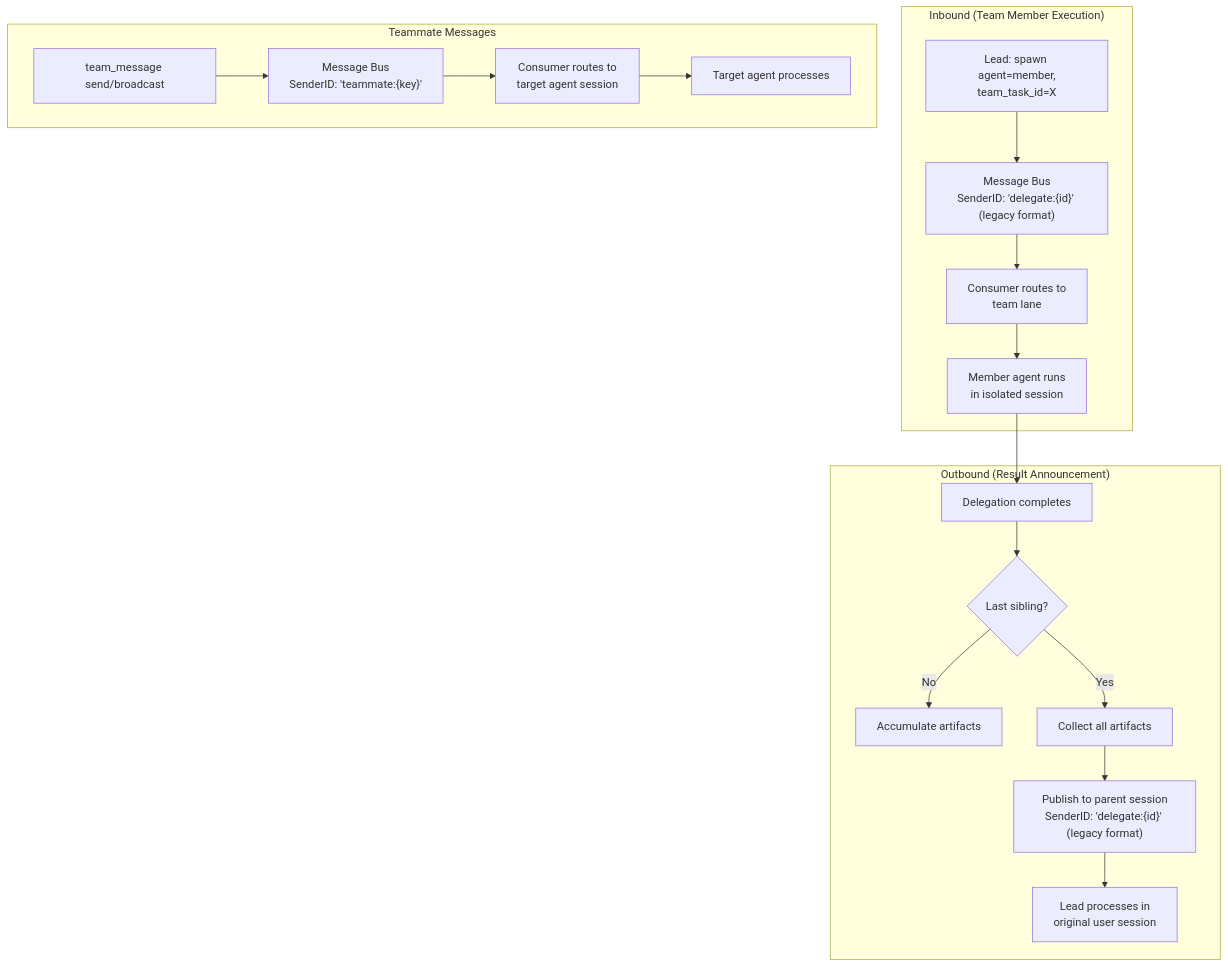
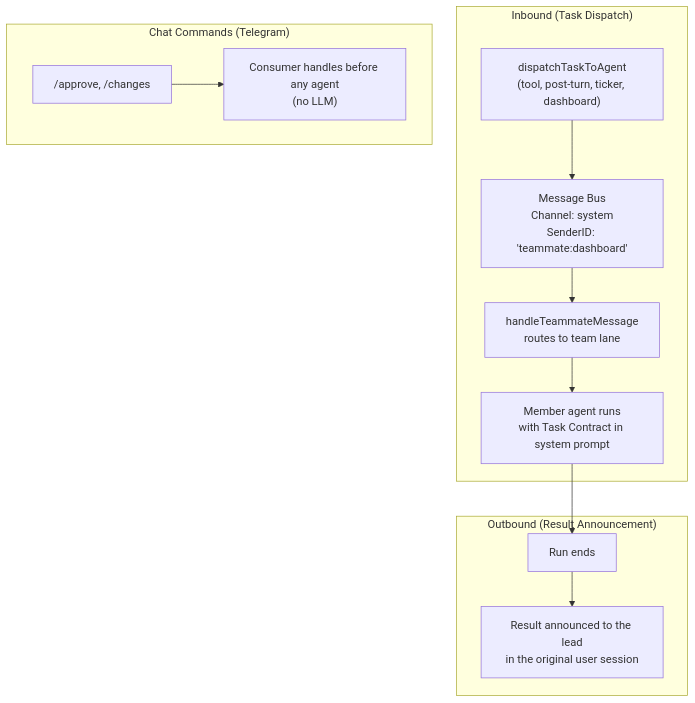
Before and after one commit to dxthinh/goclaw: the sixth of 6 diagrams in docs/11-agent-teams.md, drawn with Mermaid. The commit also changed other lines of this file and 2 other files, not shown here.

First line of the commit message:
docs(teams): mô tả Task Contract, clarify/answer và duyệt của user

````diff
--- a/docs/11-agent-teams.md
+++ b/docs/11-agent-teams.md
@@ -541,23 +580,17 @@
 ```mermaid
 flowchart TD
-    subgraph "Inbound (Team Member Execution)"
-        LEAD_SPAWN["Lead: spawn agent=member,<br/>team_task_id=X"] --> BUS_IN["Message Bus<br/>SenderID: 'delegate:{id}' (legacy format)"]
-        BUS_IN --> CONSUMER["Consumer routes to<br/>team lane"]
-        CONSUMER --> MEMBER["Member agent runs<br/>in isolated session"]
+    subgraph "Inbound (Task Dispatch)"
+        DISPATCH["dispatchTaskToAgent<br/>(tool, post-turn, ticker, dashboard)"] --> BUS_IN["Message Bus<br/>Channel: system<br/>SenderID: 'teammate:dashboard'"]
+        BUS_IN --> CONSUMER["handleTeammateMessage<br/>routes to team lane"]
+        CONSUMER --> MEMBER["Member agent runs<br/>with Task Contract in system prompt"]
     end
 
     subgraph "Outbound (Result Announcement)"
-        MEMBER --> RESULT["Delegation completes"]
-        RESULT --> CHECK{"Last sibling?"}
-        CHECK -->|"No"| ACCUMULATE["Accumulate artifacts"]
-        CHECK -->|"Yes"| COLLECT["Collect all artifacts"]
-        COLLECT --> ANNOUNCE["Publish to parent session<br/>SenderID: 'delegate:{id}' (legacy format)"]
-        ANNOUNCE --> LEAD_SESSION["Lead processes in<br/>original user session"]
+        MEMBER --> RESULT["Run ends"]
+        RESULT --> ANNOUNCE["Result announced to the lead<br/>in the original user session"]
     end
 
-    subgraph "Teammate Messages"
-        SEND["team_message send/broadcast"] --> BUS_TM["Message Bus<br/>SenderID: 'teammate:{key}'"]
-        BUS_TM --> ROUTE_TM["Consumer routes to<br/>target agent session"]
-        ROUTE_TM --> TARGET["Target agent processes"]
+    subgraph "Chat Commands (Telegram)"
+        CMD["/approve, /changes"] --> CONSUMER_CMD["Consumer handles before any agent<br/>(no LLM)"]
     end
 ```
````
